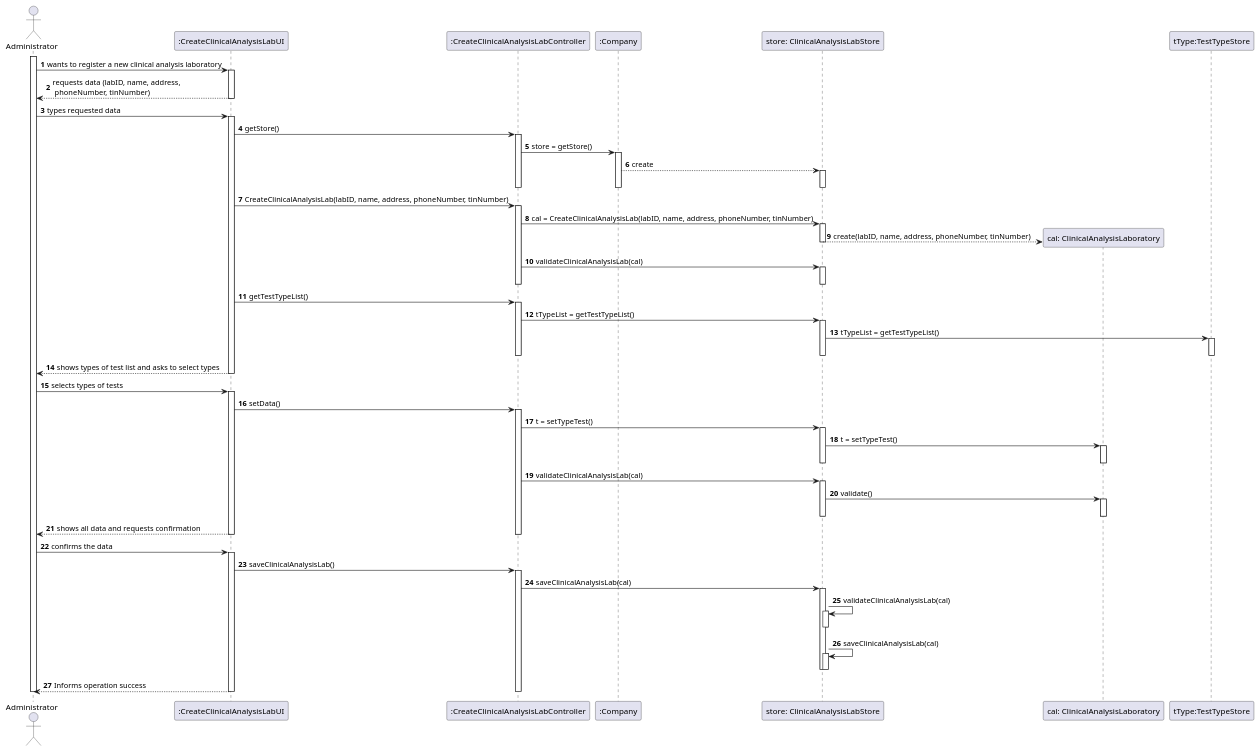
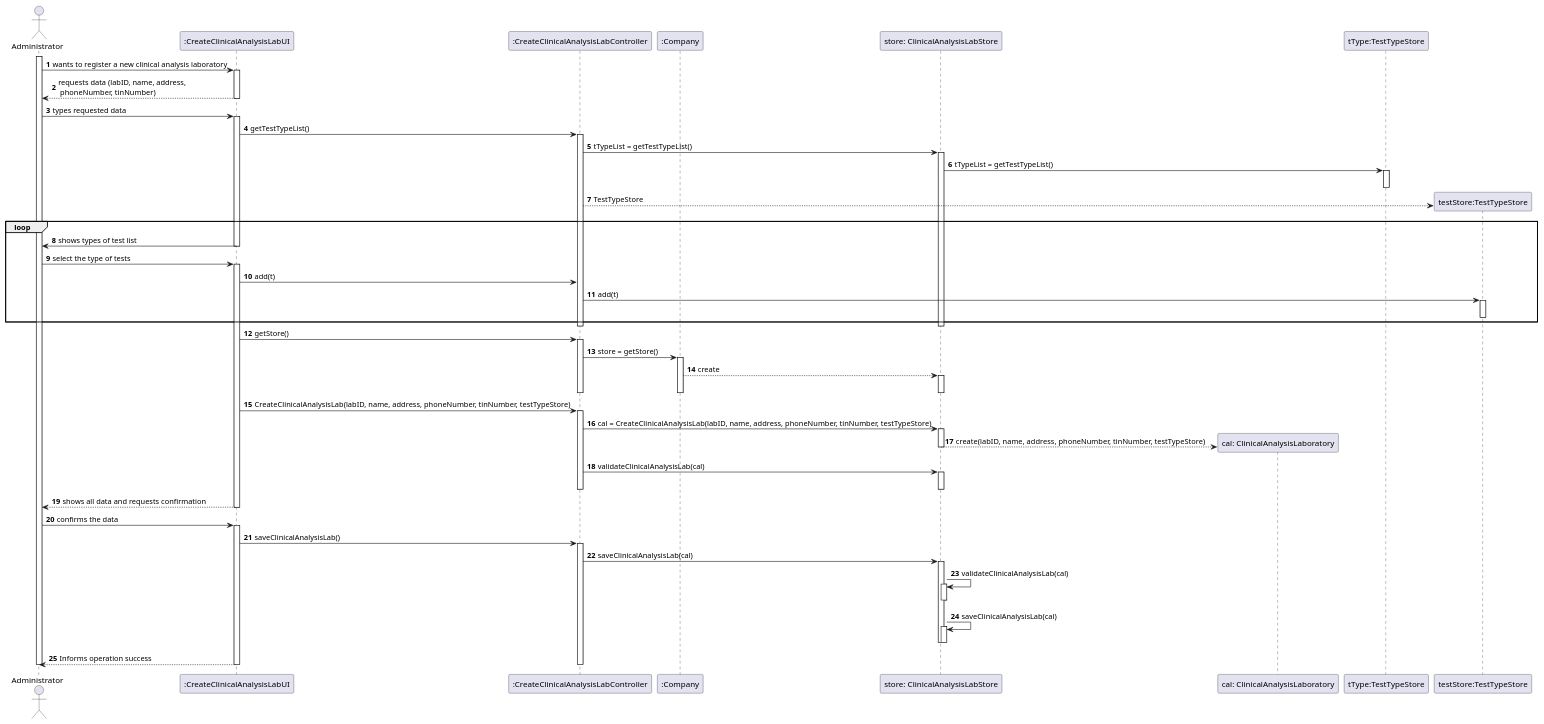
Before and after one commit to MarianaCLages/LAPR2: the diagram in docs/SprintB/US08/US8_SD.puml, drawn with PlantUML. The commit also changed 6 other files, not shown here.

```diff
--- a/docs/SprintB/US08/US8_SD.puml
+++ b/docs/SprintB/US08/US8_SD.puml
@@ -1,91 +1,85 @@
 @startuml
 'https://plantuml.com/sequence-diagram
 autonumber
 actor Administrator as A
 participant ":CreateClinicalAnalysisLabUI" as UI
 participant ":CreateClinicalAnalysisLabController" as CTRL
 participant ":Company" as C
 participant "store: ClinicalAnalysisLabStore" as STO
 participant "cal: ClinicalAnalysisLaboratory" as CAL
 participant "tType:TestTypeStore" as TT
+participant "testStore:TestTypeStore" as TT1
 
 activate A
 A -> UI: wants to register a new clinical analysis laboratory
 activate UI
 UI --> A: requests data (labID, name, address,\n phoneNumber, tinNumber)
 deactivate UI
 A -> UI: types requested data
 activate UI
+UI -> CTRL: getTestTypeList()
+activate CTRL
+CTRL -> STO : tTypeList = getTestTypeList()
+activate STO
+STO->TT: tTypeList = getTestTypeList()
+activate TT
+deactivate TT
+CTRL --> TT1 **: TestTypeStore
+loop
+UI -> A: shows types of test list
+deactivate UI
+A -> UI: select the type of tests
+activate UI
+UI -> CTRL: add(t)
+CTRL -> TT1: add(t)
+activate TT1
+deactivate TT1
+end
+deactivate STO
+deactivate CTRL
 UI -> CTRL : getStore()
 activate CTRL
 CTRL -> C: store = getStore()
 activate C
 C --> STO: create
 activate STO
 deactivate STO
 deactivate C
 deactivate CTRL
 
-UI -> CTRL : CreateClinicalAnalysisLab(labID, name, address, phoneNumber, tinNumber)
+UI -> CTRL : CreateClinicalAnalysisLab(labID, name, address, phoneNumber, tinNumber, testTypeStore)
 activate CTRL
-CTRL -> STO: cal = CreateClinicalAnalysisLab(labID, name, address, phoneNumber, tinNumber)
+CTRL -> STO: cal = CreateClinicalAnalysisLab(labID, name, address, phoneNumber, tinNumber, testTypeStore)
 activate STO
-STO --> CAL** : create(labID, name, address, phoneNumber, tinNumber)
+STO --> CAL** : create(labID, name, address, phoneNumber, tinNumber, testTypeStore)
 
 deactivate STO
 CTRL -> STO: validateClinicalAnalysisLab(cal)
 activate STO
 deactivate STO
 deactivate CTRL
-UI -> CTRL: getTestTypeList()
-activate CTRL
-CTRL -> STO : tTypeList = getTestTypeList()
-activate STO
-STO->TT: tTypeList = getTestTypeList()
-activate TT
-deactivate TT
-deactivate STO
+
+deactivate C
 deactivate CTRL
 
-UI --> A: shows types of test list and asks to select types
-deactivate C
-deactivate CTRL
-deactivate UI
-A -> UI: selects types of tests
-activate UI
-UI -> CTRL: setData()
-activate CTRL
-CTRL -> STO: t = setTypeTest()
-activate STO
-STO -> CAL: t = setTypeTest()
-activate CAL
-deactivate CAL
-deactivate STO
-deactivate C
-CTRL -> STO: validateClinicalAnalysisLab(cal)
-activate STO
-STO -> CAL : validate()
-activate CAL
-deactivate CAL
-deactivate STO
 UI --> A: shows all data and requests confirmation
 deactivate CTRL
 deactivate UI
 A -> UI: confirms the data
 activate UI
 UI-> CTRL : saveClinicalAnalysisLab()
 activate CTRL
 CTRL -> STO: saveClinicalAnalysisLab(cal)
 activate STO
 STO -> STO : validateClinicalAnalysisLab(cal)
 activate STO
 deactivate STO
 STO -> STO : saveClinicalAnalysisLab(cal)
 activate STO
 deactivate STO
 deactivate STO
 UI --> A : Informs operation success
 deactivate CTRL
 deactivate UI
 deactivate A
 @enduml
```
